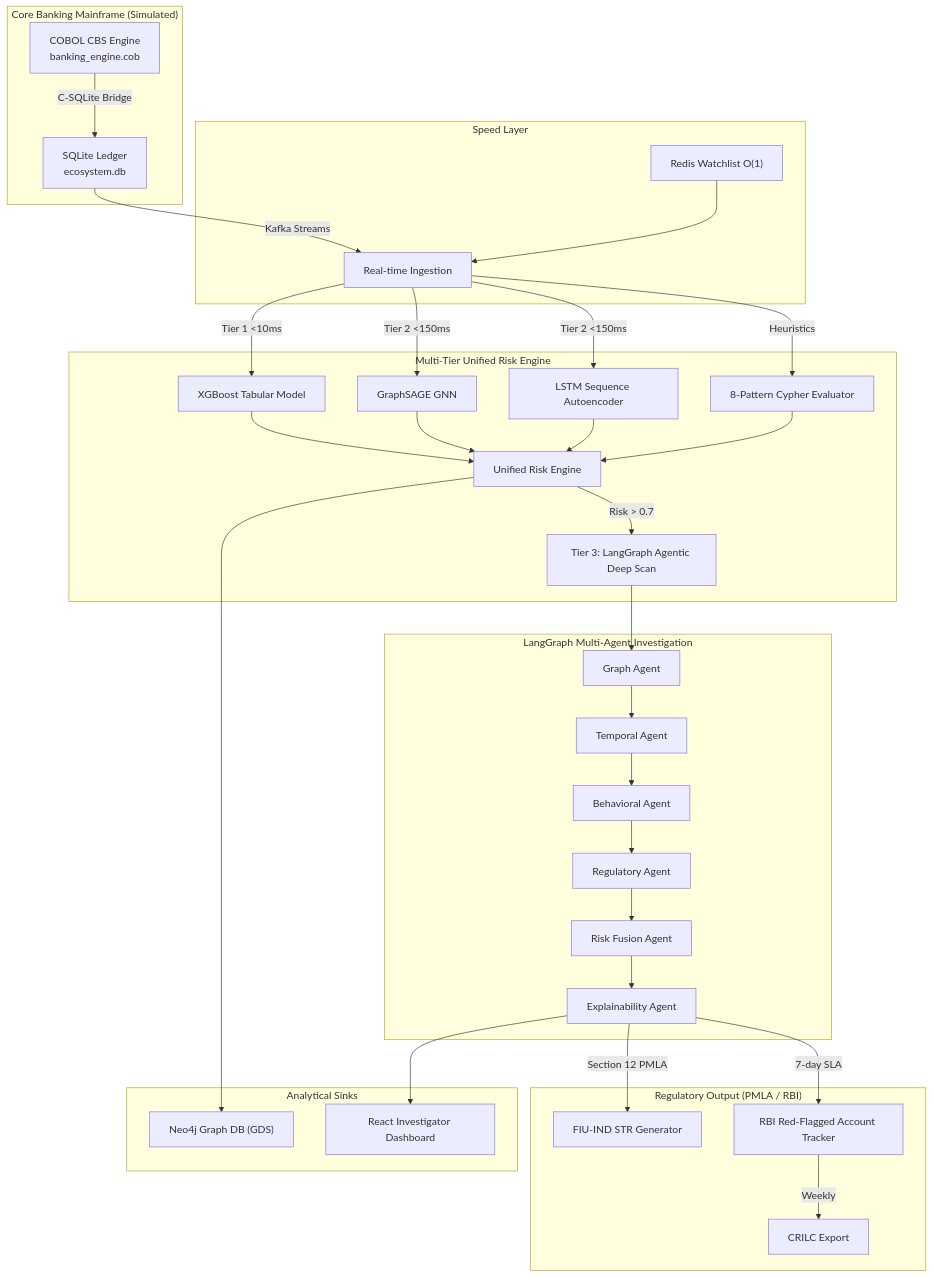
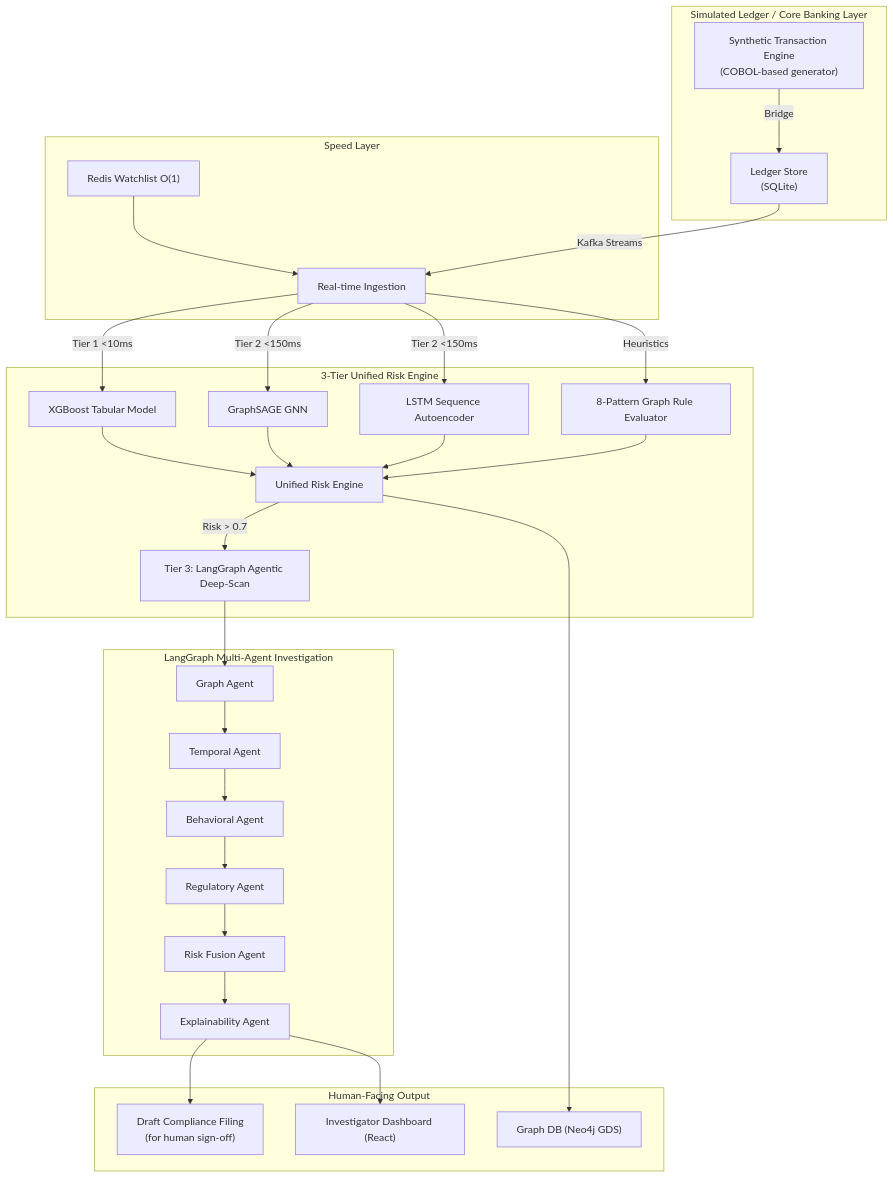
Before and after one commit to krishnakoushik9/Garuda-Sentinel---Abuse-Ring-Fraud-Spike-Detector: the first of 2 diagrams in README.md, drawn with Mermaid. The commit also changed other lines of this file, not shown here.

First line of the commit message:
Revise README for project clarity and compliance

````diff
--- a/README.md
+++ b/README.md
@@ -52,43 +73,38 @@
 ```mermaid
 graph TD
-    subgraph CBS ["Core Banking Mainframe (Simulated)"]
-        COBOL["COBOL CBS Engine<br/>banking_engine.cob"] -->|C-SQLite Bridge| SQLite["SQLite Ledger<br/>ecosystem.db"]
+    subgraph Ledger ["Simulated Ledger / Core Banking Layer"]
+        ENGINE["Synthetic Transaction Engine<br/>(COBOL-based generator)"] -->|Bridge| Store["Ledger Store<br/>(SQLite)"]
     end
 
     subgraph Speed ["Speed Layer"]
-        SQLite -->|Kafka Streams| Ingest["Real-time Ingestion"]
+        Store -->|Kafka Streams| Ingest["Real-time Ingestion"]
         Redis["Redis Watchlist O(1)"] --> Ingest
     end
 
-    subgraph Risk ["Multi-Tier Unified Risk Engine"]
+    subgraph Risk ["3-Tier Unified Risk Engine"]
         Ingest -->|Tier 1 <10ms| XGB["XGBoost Tabular Model"]
         Ingest -->|Tier 2 <150ms| GNN["GraphSAGE GNN"]
         Ingest -->|Tier 2 <150ms| LSTM["LSTM Sequence Autoencoder"]
-        Ingest -->|Heuristics| Heur["8-Pattern Cypher Evaluator"]
+        Ingest -->|Heuristics| Heur["8-Pattern Graph Rule Evaluator"]
         XGB --> URE["Unified Risk Engine"]
         GNN --> URE
         LSTM --> URE
         Heur --> URE
-        URE -->|Risk > 0.7| Tier3["Tier 3: LangGraph Agentic Deep Scan"]
+        URE -->|Risk > 0.7| Tier3["Tier 3: LangGraph Agentic Deep-Scan"]
     end
 
     subgraph Agentic ["LangGraph Multi-Agent Investigation"]
         Tier3 --> GraphAgent["Graph Agent"]
         GraphAgent --> TemporalAgent["Temporal Agent"]
         TemporalAgent --> BehavioralAgent["Behavioral Agent"]
         BehavioralAgent --> RegAgent["Regulatory Agent"]
         RegAgent --> FusionAgent["Risk Fusion Agent"]
         FusionAgent --> ExplainAgent["Explainability Agent"]
     end
 
-    subgraph Compliance ["Regulatory Output (PMLA / RBI)"]
-        ExplainAgent -->|Section 12 PMLA| STR["FIU-IND STR Generator"]
-        ExplainAgent -->|7-day SLA| RFA["RBI Red-Flagged Account Tracker"]
-        RFA -->|Weekly| CRILC["CRILC Export"]
-    end
-
-    subgraph Sinks ["Analytical Sinks"]
-        URE --> Neo4j["Neo4j Graph DB (GDS)"]
-        ExplainAgent --> FE["React Investigator Dashboard"]
+    subgraph Output ["Human-Facing Output"]
+        ExplainAgent --> Filing["Draft Compliance Filing<br/>(for human sign-off)"]
+        URE --> Neo4j["Graph DB (Neo4j GDS)"]
+        ExplainAgent --> FE["Investigator Dashboard (React)"]
     end
 ```
````
